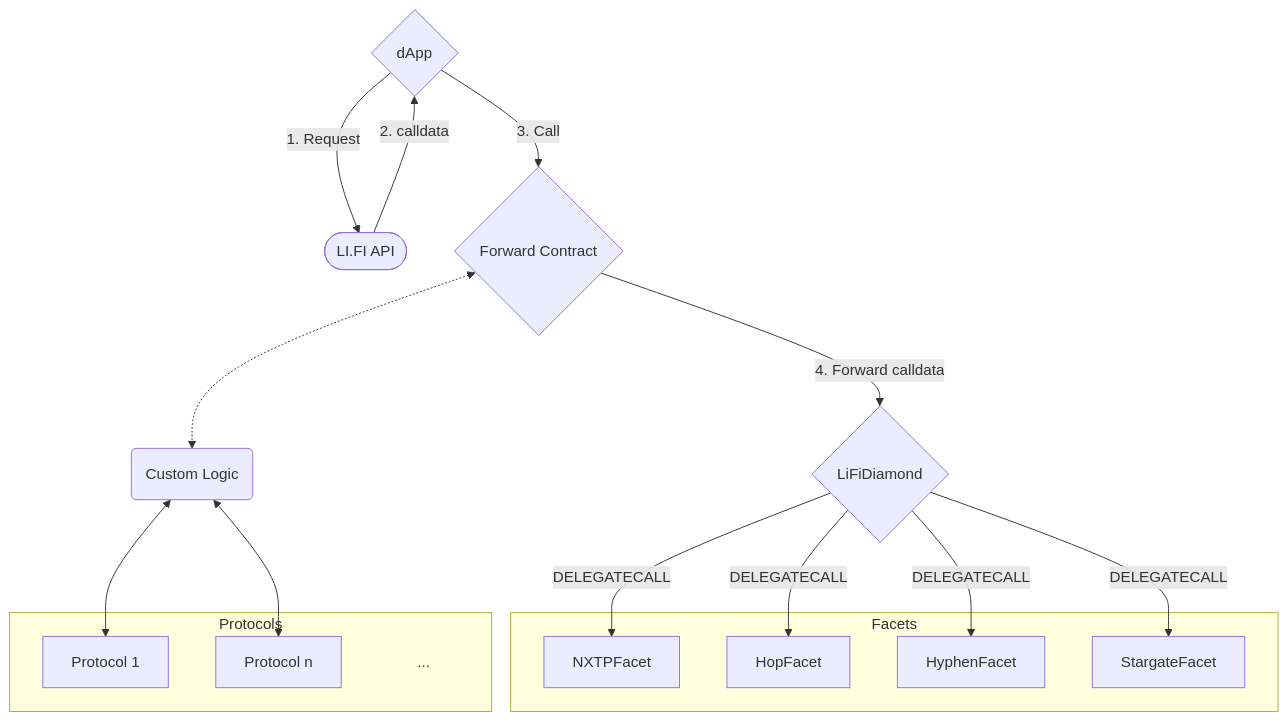
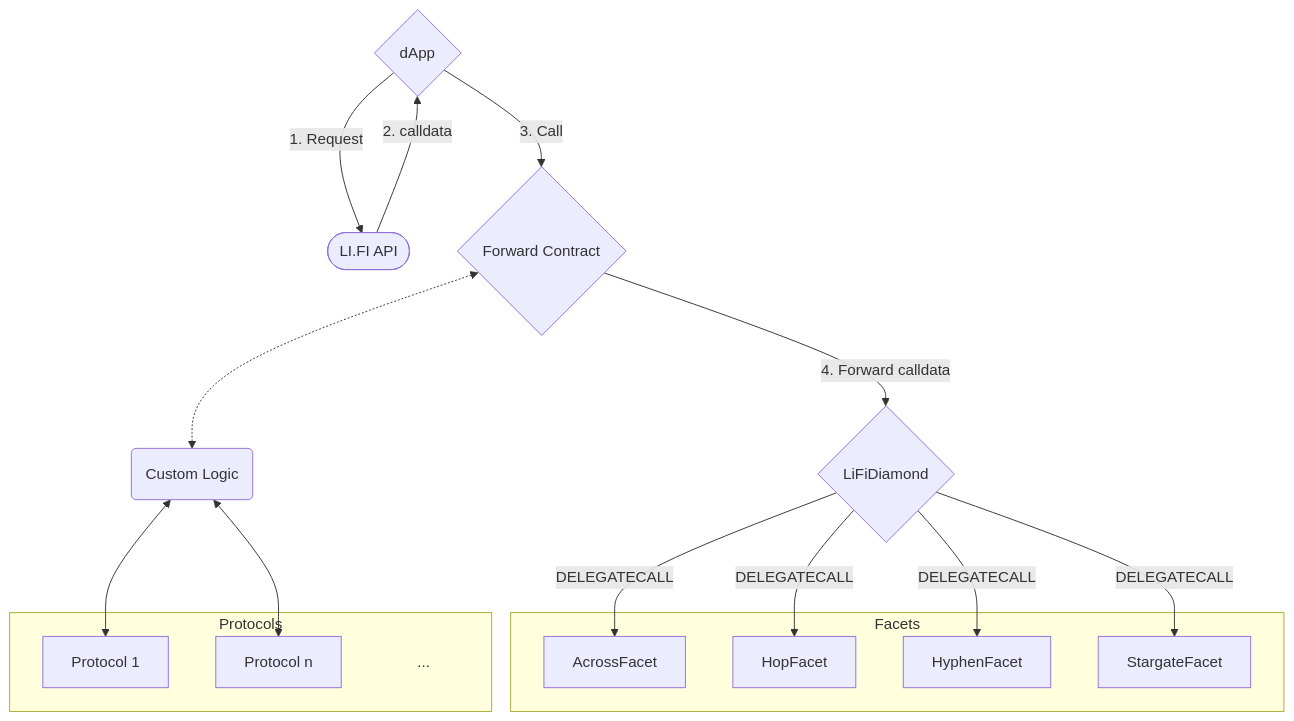
Before and after one commit to lifinance/contract-samples: the diagram in README.md, drawn with Mermaid. The commit also changed other lines of this file, not shown here.

````diff
--- a/README.md
+++ b/README.md
@@ -16,24 +26,24 @@
 ```mermaid
 graph TD;
     U{dApp}-- 1. Request -->A([LI.FI API])-- 2. calldata -->U;
     U-- 3. Call -->F{Forward Contract};
     F-- 4. Forward calldata -->D{LiFiDiamond};
-    D-- DELEGATECALL -->NXTPFacet;
+    D-- DELEGATECALL -->AcrossFacet;
     D-- DELEGATECALL -->HopFacet;
     D-- DELEGATECALL -->HyphenFacet;
     D-- DELEGATECALL -->StargateFacet;
     subgraph Facets
-    NXTPFacet
+    AcrossFacet
     HopFacet
     HyphenFacet
     StargateFacet
     end
     F{Forward Contract}<-.->C(Custom Logic)<-->P1[Protocol 1] & Pn[Protocol n]
     subgraph Protocols
     P1
     ...:::transparent
     classDef transparent fill:#0000
     classDef transparent stroke:#0000
     Pn
     end
 ```
````
